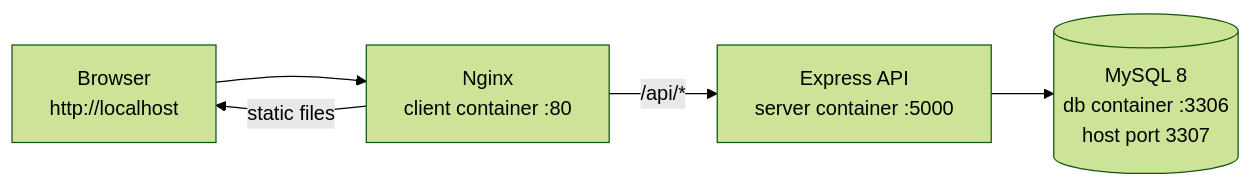
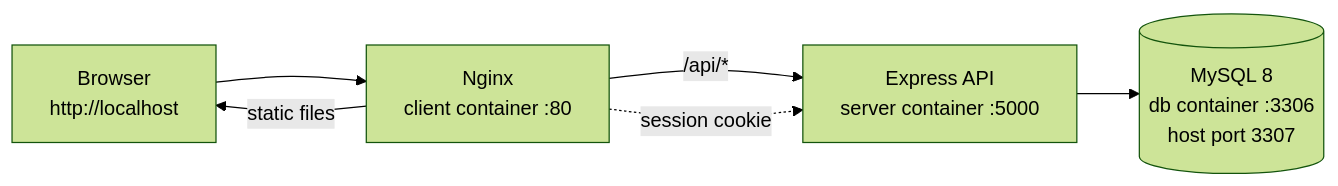
Before and after one commit to mayuresh-2601/MK-PORTFOLIO: the second of 2 diagrams in README.md, drawn with Mermaid (forest theme). The commit also changed other lines of this file, not shown here.

Commit message:
docs: update README to reflect cookie-session auth and production hardening

````diff
--- a/README.md
+++ b/README.md
@@ -271,7 +271,8 @@
 ```mermaid
 flowchart LR
     B["Browser<br/>http://localhost"] --> N["Nginx<br/>client container :80"]
     N -->|"static files"| B
     N -->|"/api/*"| S["Express API<br/>server container :5000"]
     S --> M[("MySQL 8<br/>db container :3306<br/>host port 3307")]
+    N -.->|session cookie| S
 ```
````
